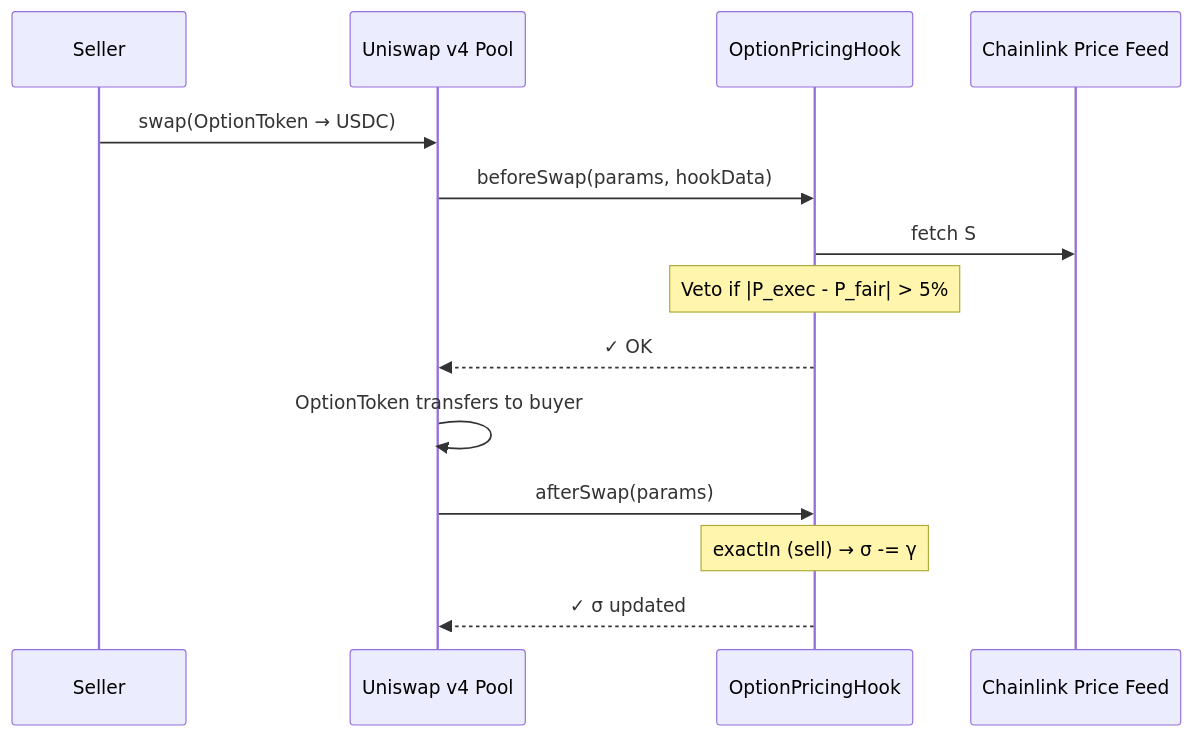
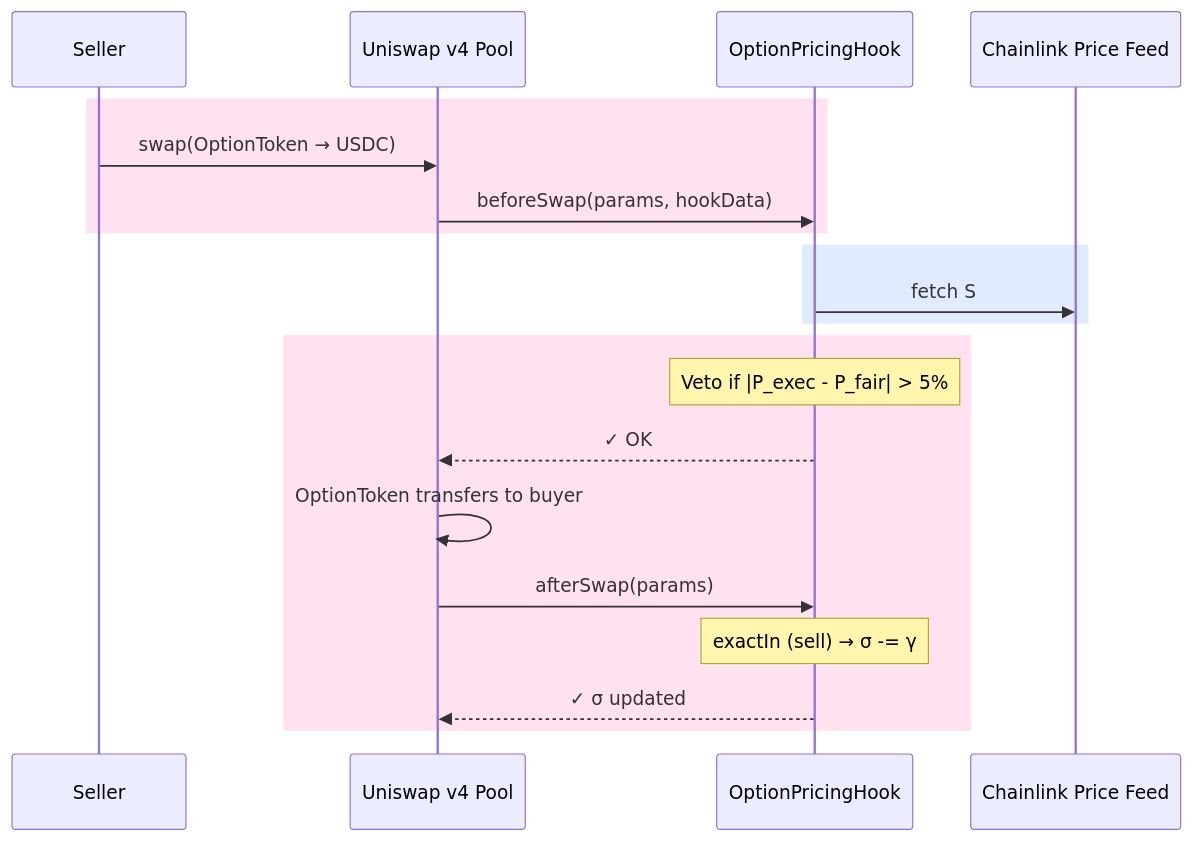
Before and after one commit to oslinin/Smile: the sixth of 7 diagrams in README.md, drawn with Mermaid. The commit also changed other lines of this file, not shown here.

Commit message:
Color-code all Mermaid diagrams by sponsor (green=1inch, pink=Uniswap, blue=Chainlink)

````diff
--- a/README.md
+++ b/README.md
@@ -210,17 +235,23 @@
 ```mermaid
 sequenceDiagram
     participant Seller
     participant Pool as Uniswap v4 Pool
     participant Hook as OptionPricingHook
     participant Oracle as Chainlink Price Feed
 
+    rect rgb(255, 225, 240)
     Seller->>Pool: swap(OptionToken → USDC)
     Pool->>Hook: beforeSwap(params, hookData)
+    end
+    rect rgb(225, 235, 255)
     Hook->>Oracle: fetch S
+    end
+    rect rgb(255, 225, 240)
     Note over Hook: Veto if |P_exec - P_fair| > 5%
     Hook-->>Pool: ✓ OK
     Pool->>Pool: OptionToken transfers to buyer
     Pool->>Hook: afterSwap(params)
     Note over Hook: exactIn (sell) → σ -= γ
     Hook-->>Pool: ✓ σ updated
+    end
 ```
````
